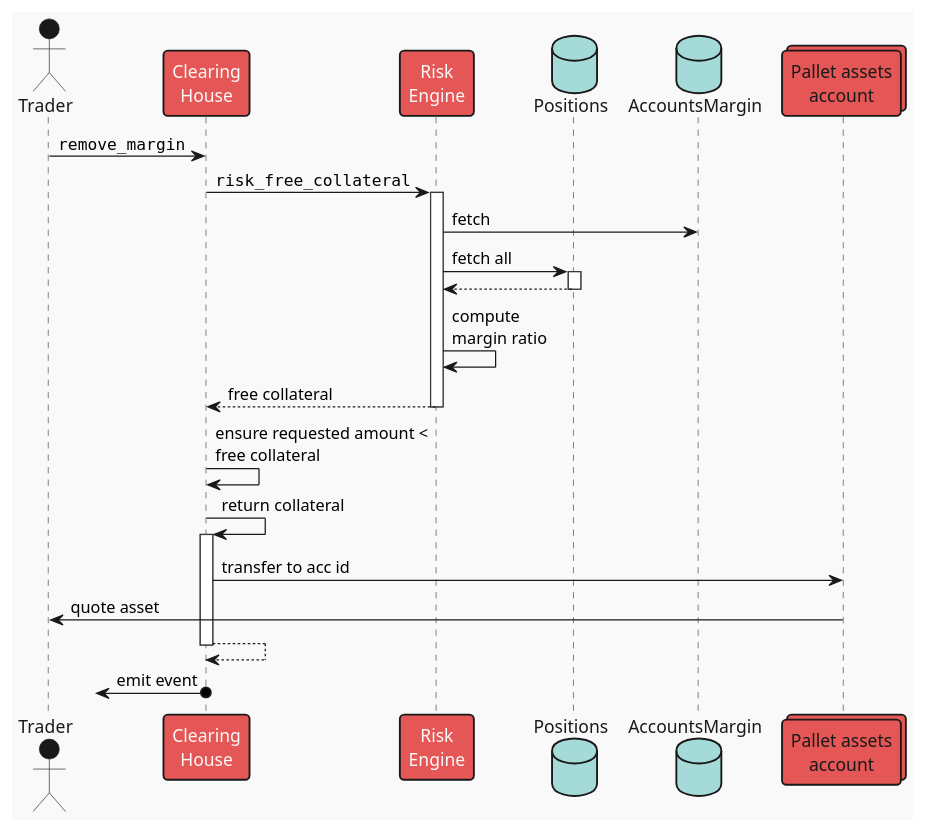
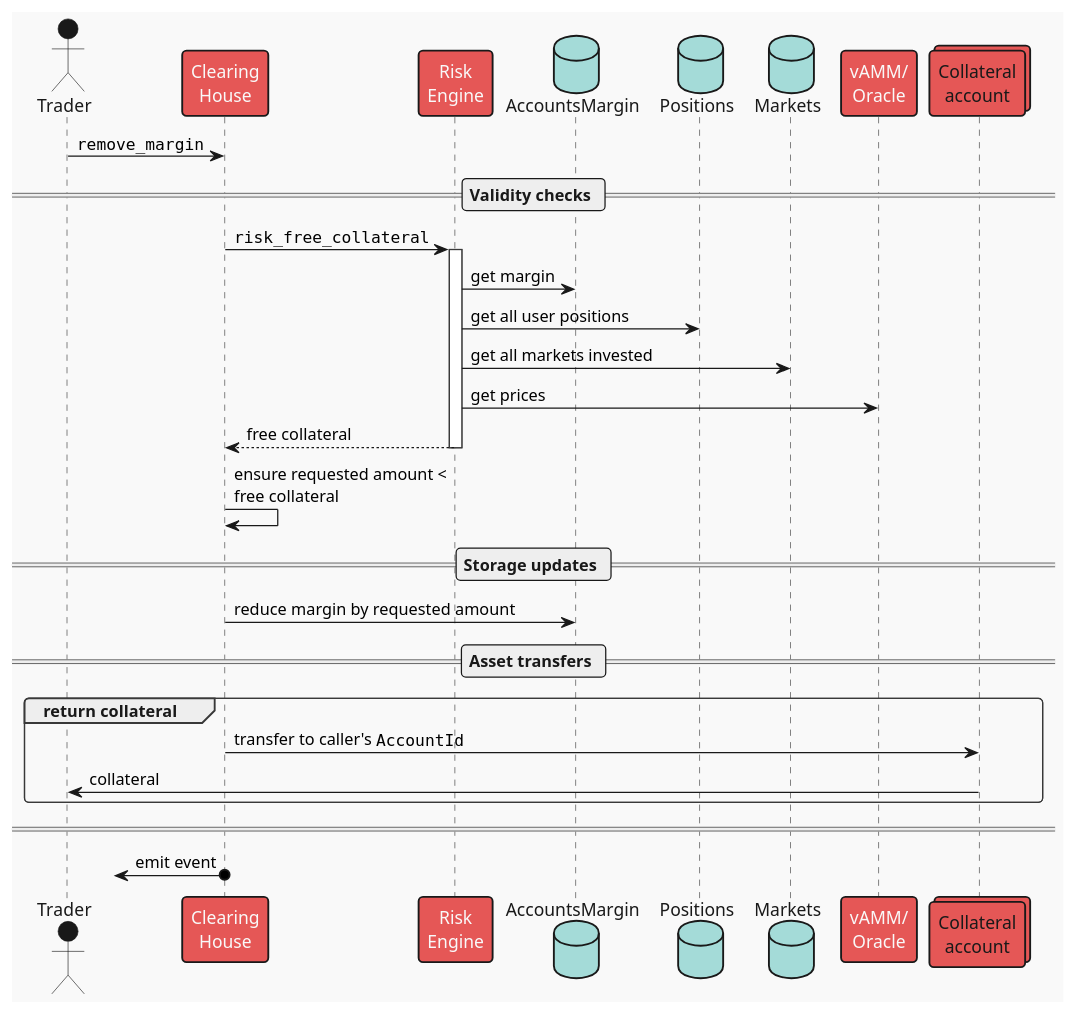
The diagram in frame/clearing-house/diagrams/remove-margin.plantuml (ComposableFi/composable), drawn with PlantUML before and after one commit. The commit also changed 5 other files, not shown here.

First line of the commit message:
docs(CH): overhaul sequence diagrams

```diff
--- a/frame/clearing-house/diagrams/remove-margin.plantuml
+++ b/frame/clearing-house/diagrams/remove-margin.plantuml
@@ -1,28 +1,40 @@
 @startuml remove_margin
 !theme mars
 
 actor "Trader" as user
 participant "Clearing\nHouse" as ch
 participant "Risk\nEngine" as risk
+database "AccountsMargin" as accs
 database "Positions" as positions
-database "AccountsMargin" as accs
-collections "Pallet assets\naccount" as vault
+database "Markets" as mkts
+participant "vAMM/\nOracle" as price
+collections "Collateral\naccount" as vault
 
 user -> ch : ""remove_margin""
 
+== Validity checks ==
+
 ch -> risk ++: ""risk_free_collateral""
-risk -> accs : fetch
-risk -> positions ++: fetch all
-return
-risk -> risk : compute\nmargin ratio
+    risk -> accs : get margin
+    risk -> positions : get all user positions
+    risk -> mkts : get all markets invested
+    risk -> price : get prices
 return free collateral
 
 ch -> ch: ensure requested amount <\nfree collateral
 
-ch -> ch ++: return collateral
-ch -> vault : transfer to acc id
-vault -> user : quote asset
-return
+== Storage updates ==
+
+ch -> accs : reduce margin by requested amount
+
+== Asset transfers ==
+
+group return collateral
+ch -> vault : transfer to caller's ""AccountId""
+vault -> user : collateral
+end
+
+====
 
 ?<-o ch : emit event
 @enduml
```
